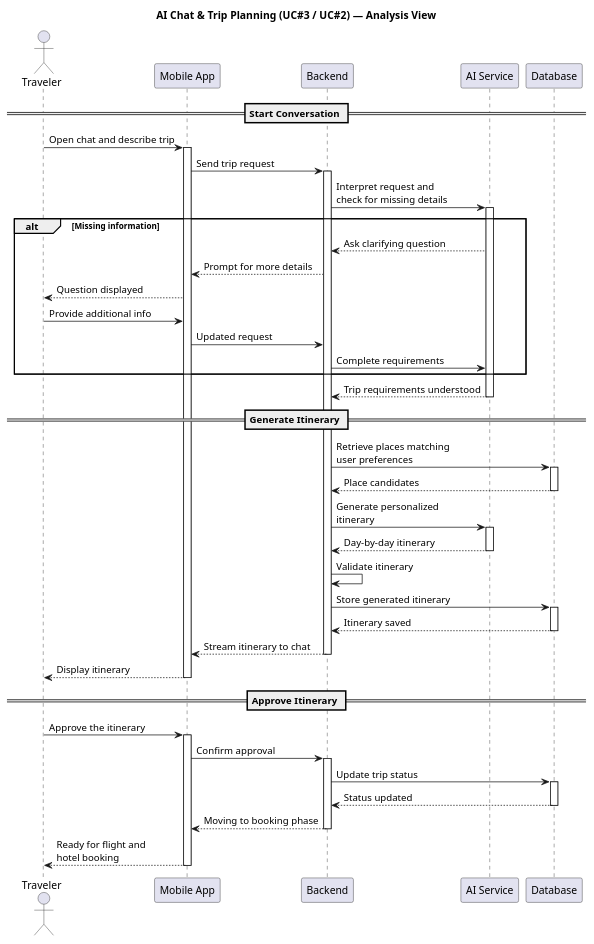
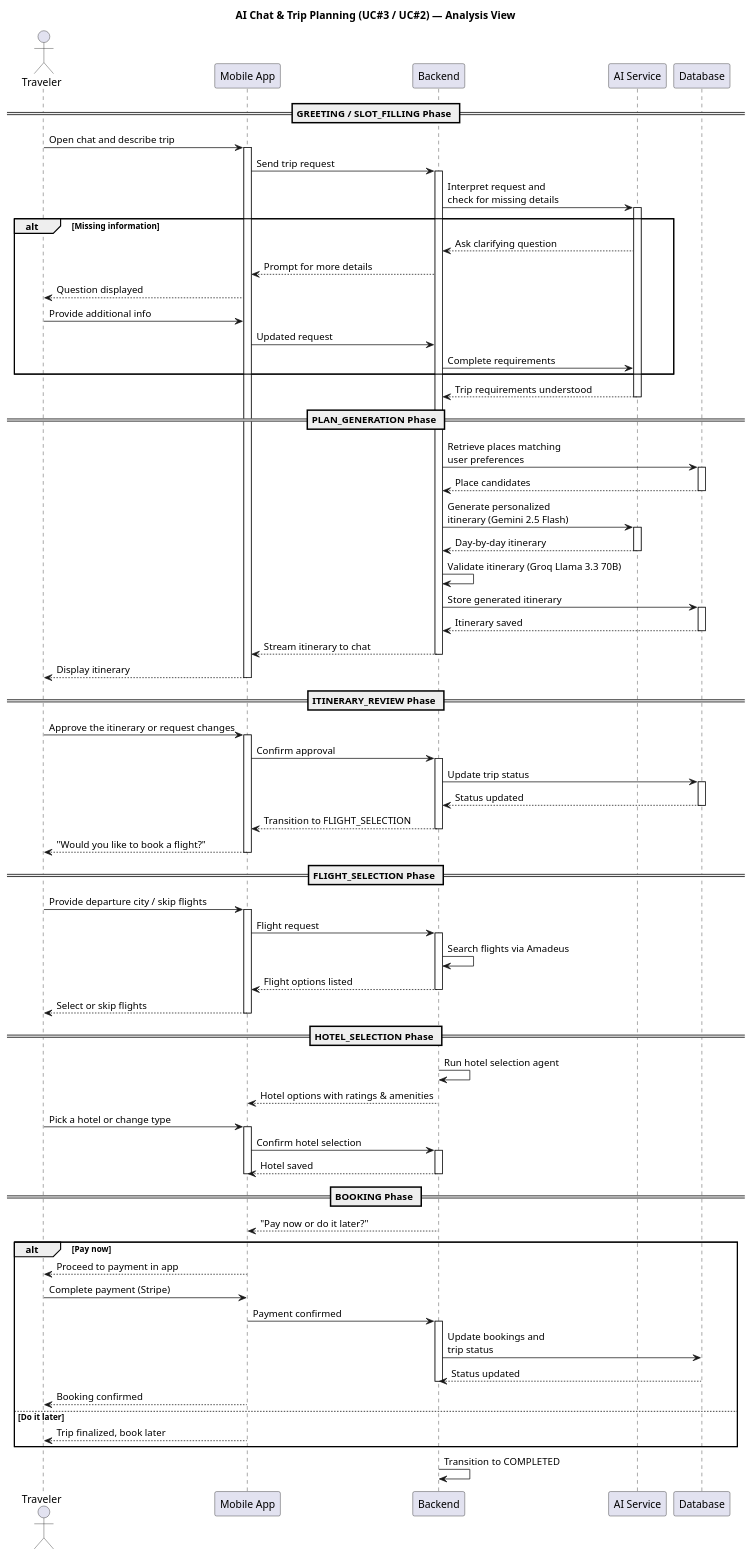
Before and after one commit to AbdelrahmanMostafa33/TourMate-AI: the diagram in docs/Diagrams/sequence_chat_planning.puml, drawn with PlantUML. The commit also changed 50 other files, not shown here.

First line of the commit message:
docs: refresh diagrams and add app screenshots

```diff
--- a/docs/Diagrams/sequence_chat_planning.puml
+++ b/docs/Diagrams/sequence_chat_planning.puml
@@ -1,76 +1,124 @@
 @startuml Chat_Planning_Flow
 title AI Chat & Trip Planning (UC#3 / UC#2) — Analysis View
 
 actor Traveler
 participant "Mobile App" as App
 participant "Backend" as Backend
 participant "AI Service" as AI
 participant "Database" as DB
 
-== Start Conversation ==
+== GREETING / SLOT_FILLING Phase ==
 
 Traveler -> App: Open chat and describe trip
 activate App
 
 App -> Backend: Send trip request
 activate Backend
 
 Backend -> AI: Interpret request and\ncheck for missing details
 activate AI
 
 alt Missing information
   AI --> Backend: Ask clarifying question
   Backend --> App: Prompt for more details
   App --> Traveler: Question displayed
   Traveler -> App: Provide additional info
   App -> Backend: Updated request
   Backend -> AI: Complete requirements
 end
 
 AI --> Backend: Trip requirements understood
 deactivate AI
 
-== Generate Itinerary ==
+== PLAN_GENERATION Phase ==
 
 Backend -> DB: Retrieve places matching\nuser preferences
 activate DB
 DB --> Backend: Place candidates
 deactivate DB
 
-Backend -> AI: Generate personalized\nitinerary
+Backend -> AI: Generate personalized\nitinerary (Gemini 2.5 Flash)
 activate AI
 AI --> Backend: Day-by-day itinerary
 deactivate AI
 
-Backend -> Backend: Validate itinerary
+Backend -> Backend: Validate itinerary (Groq Llama 3.3 70B)
 Backend -> DB: Store generated itinerary
 activate DB
 DB --> Backend: Itinerary saved
 deactivate DB
 
 Backend --> App: Stream itinerary to chat
 deactivate Backend
 
 App --> Traveler: Display itinerary
 deactivate App
 
-== Approve Itinerary ==
+== ITINERARY_REVIEW Phase ==
 
-Traveler -> App: Approve the itinerary
+Traveler -> App: Approve the itinerary or request changes
 activate App
 
 App -> Backend: Confirm approval
 activate Backend
 
 Backend -> DB: Update trip status
 activate DB
 DB --> Backend: Status updated
 deactivate DB
 
-Backend --> App: Moving to booking phase
+Backend --> App: Transition to FLIGHT_SELECTION
 deactivate Backend
 
-App --> Traveler: Ready for flight and\nhotel booking
+App --> Traveler: "Would you like to book a flight?"
 deactivate App
 
+== FLIGHT_SELECTION Phase ==
+
+Traveler -> App: Provide departure city / skip flights
+activate App
+
+App -> Backend: Flight request
+activate Backend
+
+Backend -> Backend: Search flights via Amadeus
+Backend --> App: Flight options listed
+deactivate Backend
+
+App --> Traveler: Select or skip flights
+deactivate App
+
+== HOTEL_SELECTION Phase ==
+
+Backend -> Backend: Run hotel selection agent
+Backend --> App: Hotel options with ratings & amenities
+deactivate Backend
+
+Traveler -> App: Pick a hotel or change type
+activate App
+App -> Backend: Confirm hotel selection
+activate Backend
+Backend --> App: Hotel saved
+deactivate Backend
+deactivate App
+
+== BOOKING Phase ==
+
+Backend --> App: "Pay now or do it later?"
+
+alt Pay now
+  App --> Traveler: Proceed to payment in app
+  Traveler -> App: Complete payment (Stripe)
+  App -> Backend: Payment confirmed
+  activate Backend
+  Backend -> DB: Update bookings and\ntrip status
+  DB --> Backend: Status updated
+  deactivate Backend
+  App --> Traveler: Booking confirmed
+else Do it later
+  App --> Traveler: Trip finalized, book later
+end
+
+Backend -> Backend: Transition to COMPLETED
+
 @enduml
```
